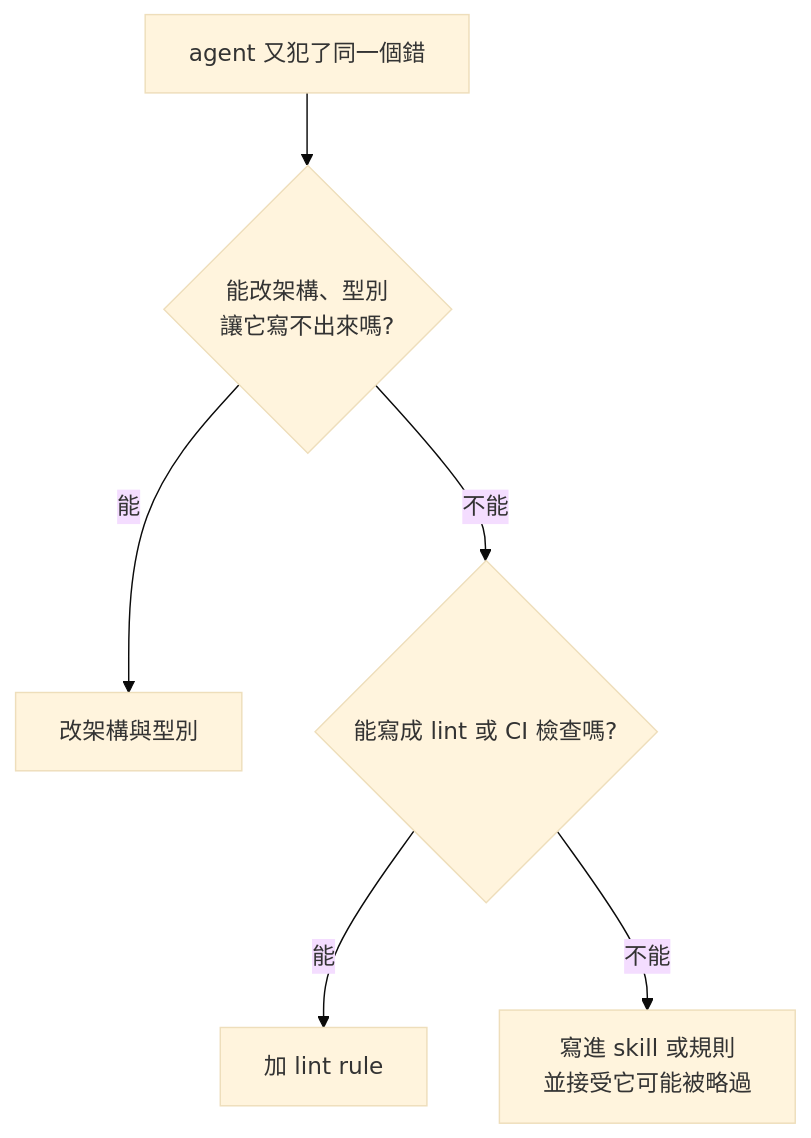
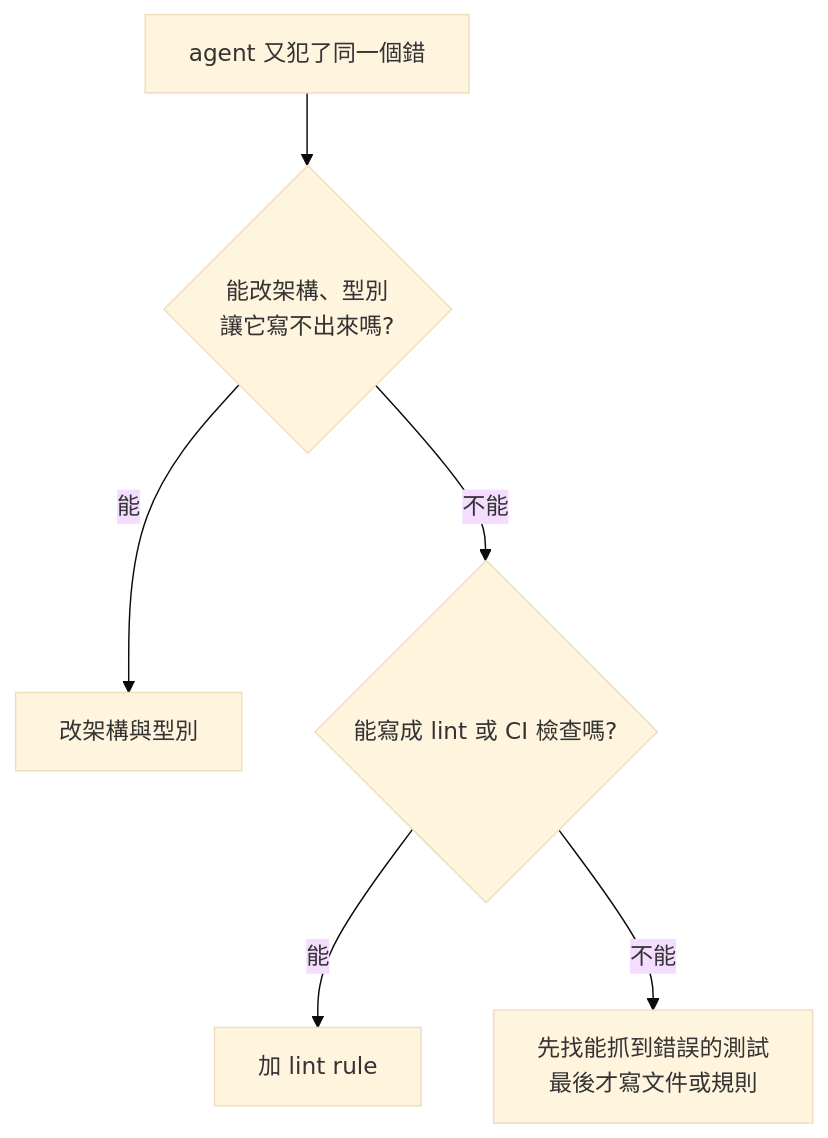
Before and after one commit to vincentxuu/quidproquo: the diagram in src/content/posts/ai/2026-10-07-poteto-trust-ladder-verification-first.md, drawn with Mermaid (base theme). The commit also changed other lines of this file and 7 other files, not shown here.

````diff
--- a/src/content/posts/ai/2026-10-07-poteto-trust-ladder-verification-first.md
+++ b/src/content/posts/ai/2026-10-07-poteto-trust-ladder-verification-first.md
@@ -76,8 +75,8 @@
 ```mermaid
 flowchart TD
     A[agent 又犯了同一個錯] --> B{能改架構、型別<br/>讓它寫不出來嗎?}
     B -->|能| C[改架構與型別]
     B -->|不能| D{能寫成 lint 或 CI 檢查嗎?}
     D -->|能| E[加 lint rule]
-    D -->|不能| F[寫進 skill 或規則<br/>並接受它可能被略過]
+    D -->|不能| F[先找能抓到錯誤的測試<br/>最後才寫文件或規則]
 ```
````
